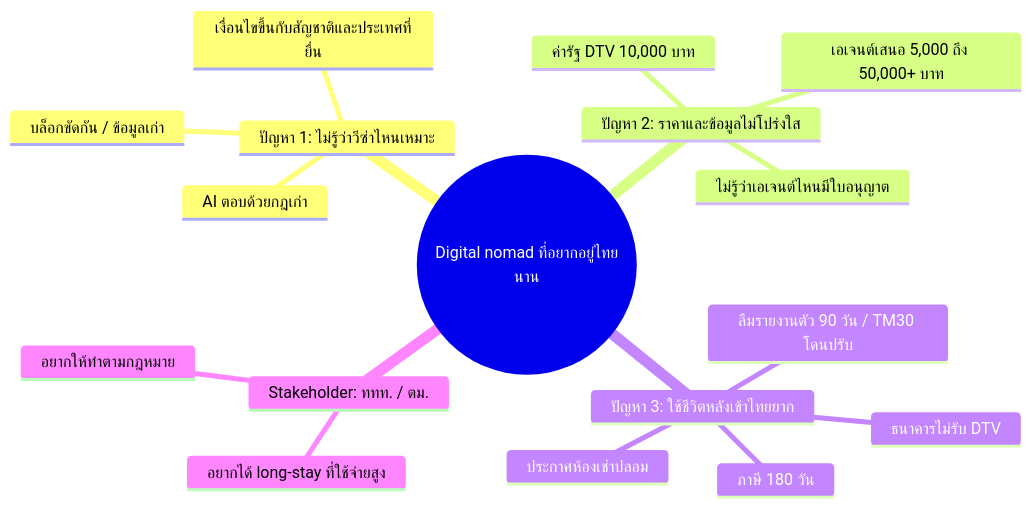
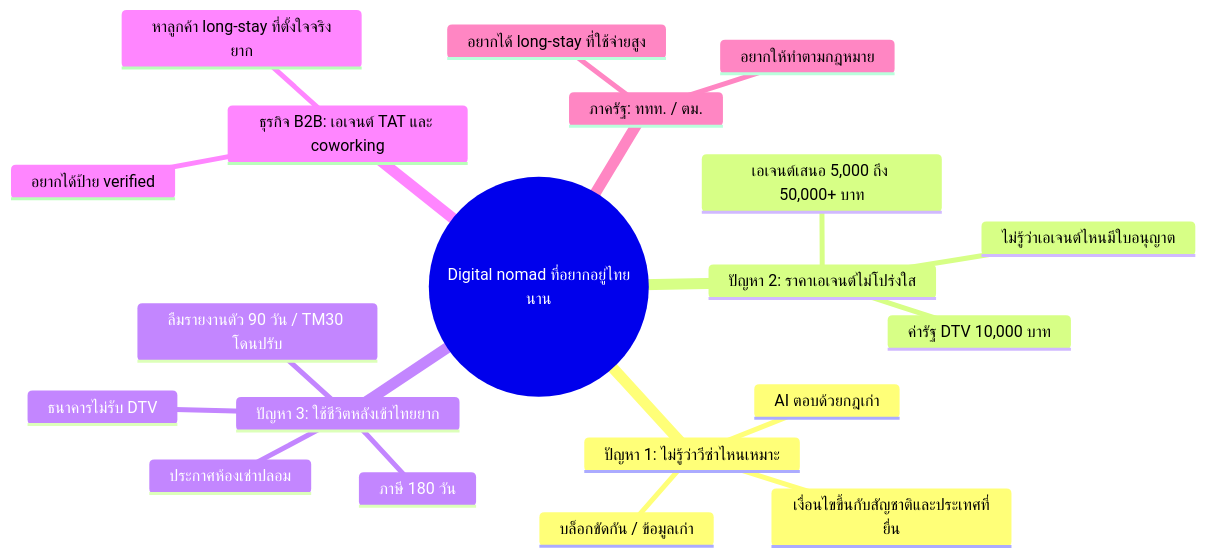
Before and after one commit to PERPERn/yoo-yaao: the diagram in docs/pitch/submission-th.md, drawn with Mermaid. The commit also changed other lines of this file and 5 other files, not shown here.

First line of the commit message:
Pitch: submission and deck updated to the full product; mind map, competitor table and storyboard pages; Thai summary refreshed

````diff
--- a/docs/pitch/submission-th.md
+++ b/docs/pitch/submission-th.md
@@ -32,20 +49,23 @@
 ```mermaid
 mindmap
   root((Digital nomad ที่อยากอยู่ไทยนาน))
     ปัญหา 1: ไม่รู้ว่าวีซ่าไหนเหมาะ
       เงื่อนไขขึ้นกับสัญชาติและประเทศที่ยื่น
       บล็อกขัดกัน / ข้อมูลเก่า
       AI ตอบด้วยกฎเก่า
-    ปัญหา 2: ราคาและข้อมูลไม่โปร่งใส
+    ปัญหา 2: ราคาเอเจนต์ไม่โปร่งใส
       ค่ารัฐ DTV 10,000 บาท
       เอเจนต์เสนอ 5,000 ถึง 50,000+ บาท
       ไม่รู้ว่าเอเจนต์ไหนมีใบอนุญาต
     ปัญหา 3: ใช้ชีวิตหลังเข้าไทยยาก
       ลืมรายงานตัว 90 วัน / TM30 โดนปรับ
       ภาษี 180 วัน
       ธนาคารไม่รับ DTV
       ประกาศห้องเช่าปลอม
-    Stakeholder: ททท. / ตม.
+    ธุรกิจ B2B: เอเจนต์ TAT และ coworking
+      หาลูกค้า long-stay ที่ตั้งใจจริงยาก
+      อยากได้ป้าย verified
+    ภาครัฐ: ททท. / ตม.
       อยากได้ long-stay ที่ใช้จ่ายสูง
       อยากให้ทำตามกฎหมาย
 ```
````
